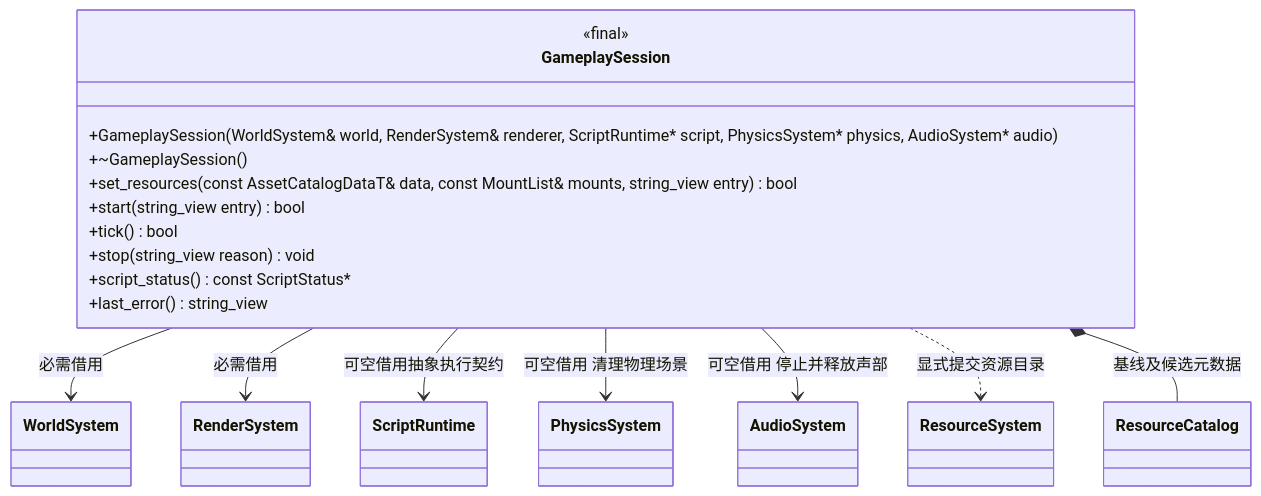
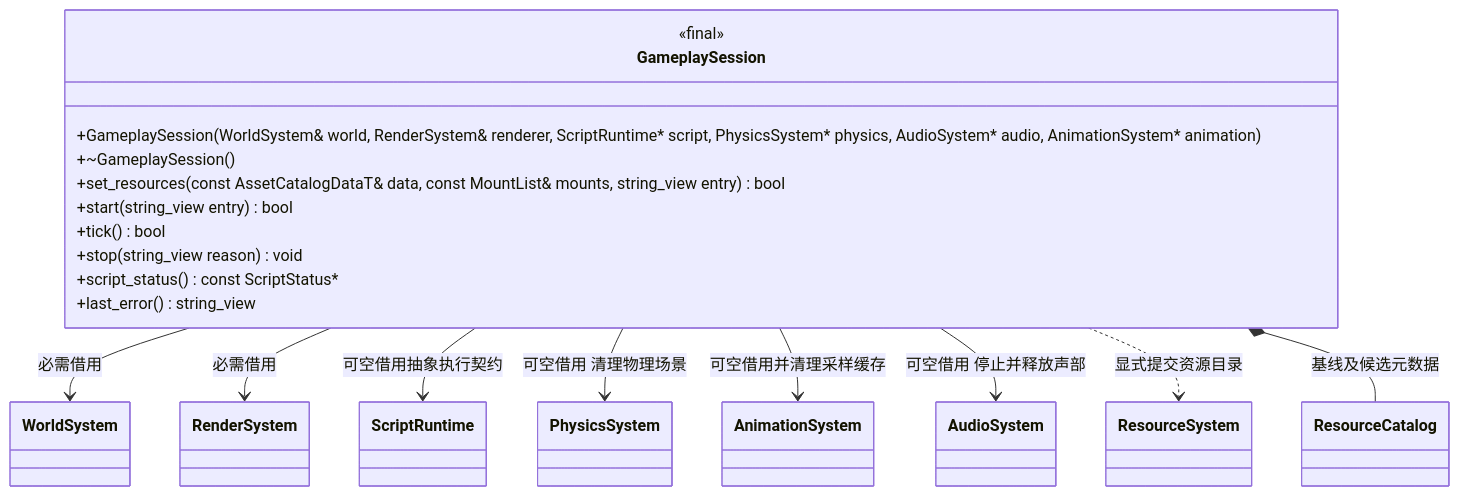
Before and after one commit to lcals/Engine: the first of 2 diagrams in docs/runtime/class-diagrams/gameplay-session.md, drawn with Mermaid. The commit also changed 213 other files, not shown here.

````diff
--- a/docs/runtime/class-diagrams/gameplay-session.md
+++ b/docs/runtime/class-diagrams/gameplay-session.md
@@ -5,28 +5,30 @@
 ```mermaid
 classDiagram
     class GameplaySession {
         <<final>>
-        +GameplaySession(WorldSystem& world, RenderSystem& renderer, ScriptRuntime#42; script, PhysicsSystem#42; physics, AudioSystem#42; audio)
+        +GameplaySession(WorldSystem& world, RenderSystem& renderer, ScriptRuntime#42; script, PhysicsSystem#42; physics, AudioSystem#42; audio, AnimationSystem#42; animation)
         +~GameplaySession()
         +set_resources(const AssetCatalogDataT& data, const MountList& mounts, string_view entry) bool
         +start(string_view entry) bool
         +tick() bool
         +stop(string_view reason) void
         +script_status() const ScriptStatus#42;
         +last_error() string_view
     }
     class WorldSystem
     class RenderSystem
     class ScriptRuntime
     class PhysicsSystem
     class AudioSystem
+    class AnimationSystem
     class ResourceSystem
     class ResourceCatalog
     GameplaySession --> WorldSystem : 必需借用
     GameplaySession --> RenderSystem : 必需借用
     GameplaySession --> ScriptRuntime : 可空借用抽象执行契约
     GameplaySession --> PhysicsSystem : 可空借用 清理物理场景
+    GameplaySession --> AnimationSystem : 可空借用并清理采样缓存
     GameplaySession --> AudioSystem : 可空借用 停止并释放声部
     GameplaySession ..> ResourceSystem : 显式提交资源目录
     GameplaySession *-- ResourceCatalog : 基线及候选元数据
 ```
````
